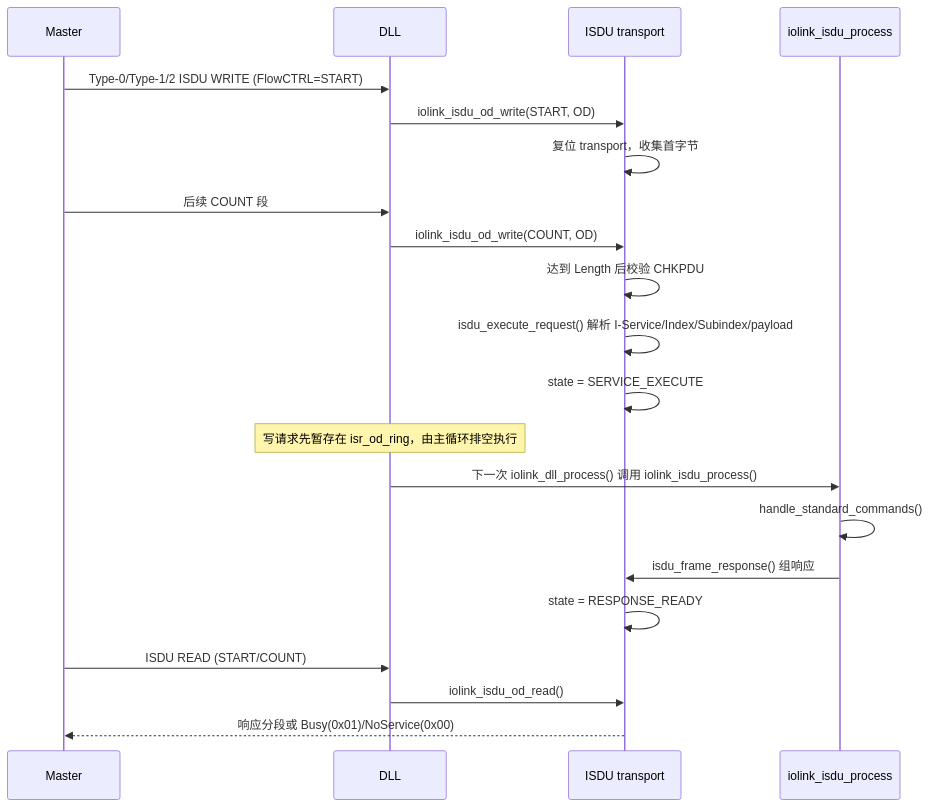
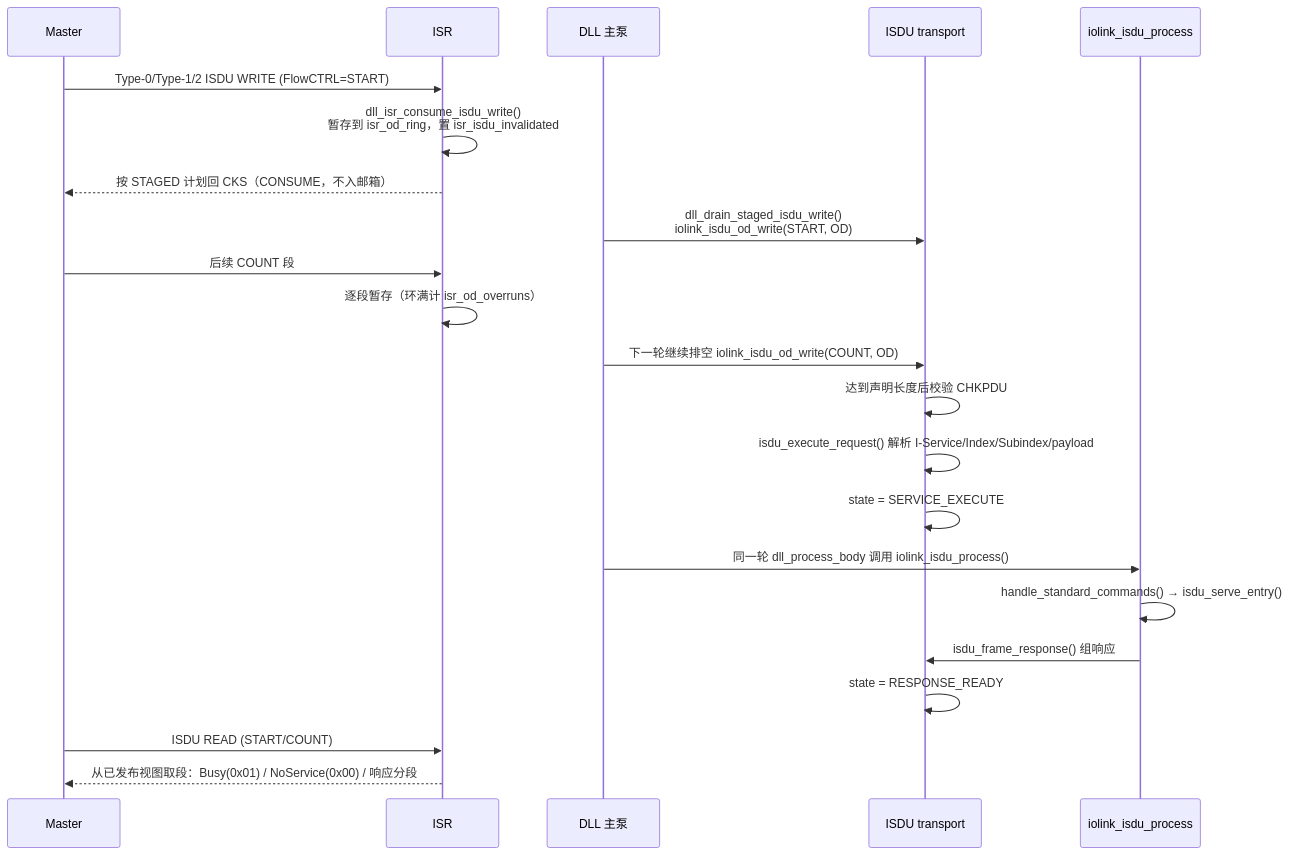
One commit to Adlyq/iolinki changed the tenth of 16 diagrams in docs/CODE_FLOW.md. Above: the diagram before and after it, drawn with Mermaid. The commit also changed other lines of this file and 7 other files, not shown here.

First line of the commit message:
docs: sync the API, architecture and flow docs with the post-CR code

````diff
--- a/docs/CODE_FLOW.md
+++ b/docs/CODE_FLOW.md
@@ -456,24 +516,25 @@
 ```mermaid
 sequenceDiagram
     participant M as Master
-    participant D as DLL
+    participant I as ISR
+    participant D as DLL 主泵
     participant T as ISDU transport
     participant S as iolink_isdu_process
 
-    M->>D: Type-0/Type-1/2 ISDU WRITE (FlowCTRL=START)
-    D->>T: iolink_isdu_od_write(START, OD)
-    T->>T: 复位 transport，收集首字节
-    M->>D: 后续 COUNT 段
-    D->>T: iolink_isdu_od_write(COUNT, OD)
-    T->>T: 达到 Length 后校验 CHKPDU
+    M->>I: Type-0/Type-1/2 ISDU WRITE (FlowCTRL=START)
+    I->>I: dll_isr_consume_isdu_write()<br/>暂存到 isr_od_ring，置 isr_isdu_invalidated
+    I-->>M: 按 STAGED 计划回 CKS（CONSUME，不入邮箱）
+    D->>T: dll_drain_staged_isdu_write()<br/>iolink_isdu_od_write(START, OD)
+    M->>I: 后续 COUNT 段
+    I->>I: 逐段暂存（环满计 isr_od_overruns）
+    D->>T: 下一轮继续排空 iolink_isdu_od_write(COUNT, OD)
+    T->>T: 达到声明长度后校验 CHKPDU
     T->>T: isdu_execute_request() 解析 I-Service/Index/Subindex/payload
     T->>T: state = SERVICE_EXECUTE
-    Note over D: 写请求先暂存在 isr_od_ring，由主循环排空执行
-    D->>S: 下一次 iolink_dll_process() 调用 iolink_isdu_process()
-    S->>S: handle_standard_commands()
+    D->>S: 同一轮 dll_process_body 调用 iolink_isdu_process()
+    S->>S: handle_standard_commands() → isdu_serve_entry()
     S->>T: isdu_frame_response() 组响应
     T->>T: state = RESPONSE_READY
-    M->>D: ISDU READ (START/COUNT)
-    D->>T: iolink_isdu_od_read()
-    T-->>M: 响应分段或 Busy(0x01)/NoService(0x00)
+    M->>I: ISDU READ (START/COUNT)
+    I-->>M: 从已发布视图取段：Busy(0x01) / NoService(0x00) / 响应分段
 ```
````
